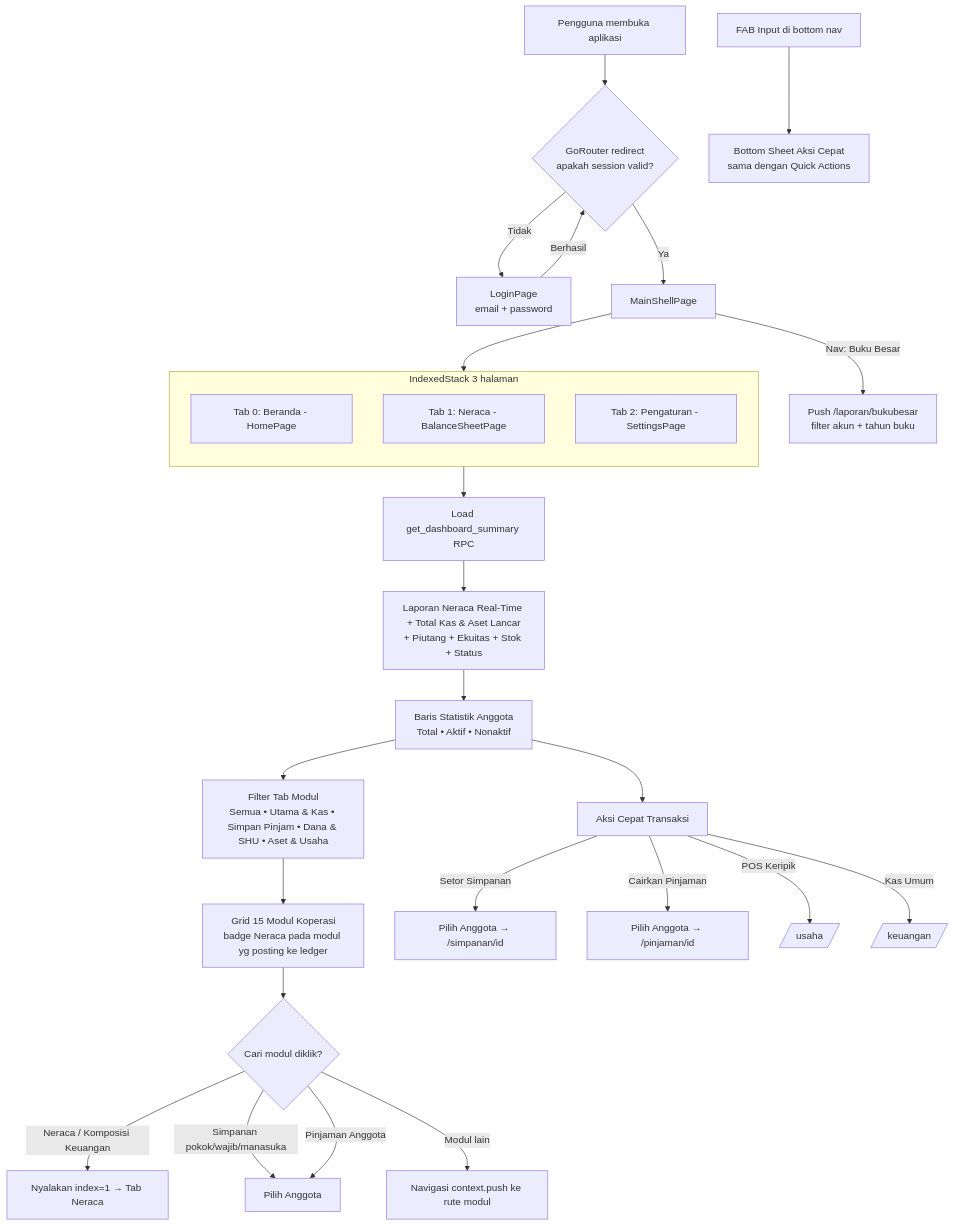
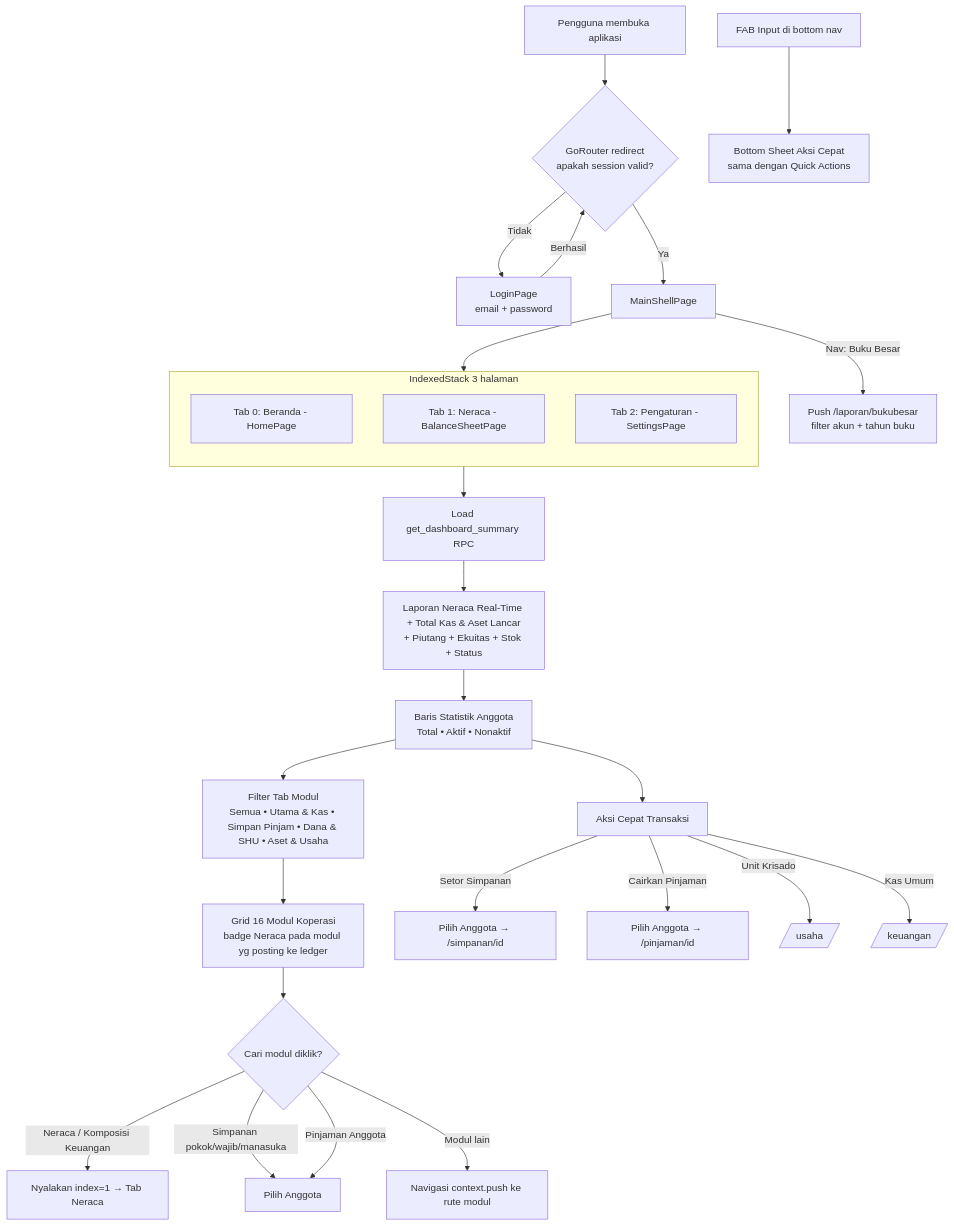
One commit to eLgorythm/sadaya-ksu changed the second of 4 diagrams in Flowchart-Sadaya.md. Above: the diagram before and after it, drawn with Mermaid. The commit also changed other lines of this file and 1 other file, not shown here.

Commit message:
docs: README proyek + perbaikan flowchart (Unit Krisado, Jurnal, kas mandiri 1114, 16 modul)

````diff
--- a/Flowchart-Sadaya.md
+++ b/Flowchart-Sadaya.md
@@ -71,37 +77,37 @@
 ```mermaid
 flowchart TD
     START[Pengguna membuka aplikasi] --> ROUTE{GoRouter redirect<br/>apakah session valid?}
     ROUTE -->|Tidak| LOGIN[LoginPage<br/>email + password]
     LOGIN -->|Berhasil| ROUTE
     ROUTE -->|Ya| SHELL[MainShellPage]
 
     subgraph SHELL2[IndexedStack 3 halaman]
         direction TB
         H[Tab 0: Beranda - HomePage]
         N[Tab 1: Neraca - BalanceSheetPage]
         S[Tab 2: Pengaturan - SettingsPage]
     end
 
     SHELL --> SHELL2
 
     H --> LOAD[Load get_dashboard_summary RPC]
     LOAD --> HERO[Laporan Neraca Real-Time + Total Kas & Aset Lancar<br/>+ Piutang + Ekuitas + Stok + Status]
     HERO --> STATS[Baris Statistik Anggota<br/>Total • Aktif • Nonaktif]
     STATS --> QA[Aksi Cepat Transaksi]
     STATS --> FILTER[Filter Tab Modul<br/>Semua • Utama & Kas • Simpan Pinjam • Dana & SHU • Aset & Usaha]
-    FILTER --> GRID[Grid 15 Modul Koperasi<br/>badge Neraca pada modul yg posting ke ledger]
+    FILTER --> GRID[Grid 16 Modul Koperasi<br/>badge Neraca pada modul yg posting ke ledger]
 
     QA -->|Setor Simpanan| QA1[Pilih Anggota → /simpanan/id]
     QA -->|Cairkan Pinjaman| QA2[Pilih Anggota → /pinjaman/id]
-    QA -->|POS Keripik| QA3[/usaha/]
+    QA -->|Unit Krisado| QA3[/usaha/]
     QA -->|Kas Umum| QA4[/keuangan/]
 
     GRID --> TAP{Cari modul diklik?}
     TAP -->|Neraca / Komposisi Keuangan| SW[Nyalakan index=1 → Tab Neraca]
     TAP -->|Simpanan pokok/wajib/manasuka| PICK[Pilih Anggota]
     TAP -->|Pinjaman Anggota| PICK
     TAP -->|Modul lain| ROUTE2[Navigasi context.push ke rute modul]
 
     FAB[FAB Input di bottom nav] --> BSheet[Bottom Sheet Aksi Cepat<br/>sama dengan Quick Actions]
     SHELL -->|Nav: Buku Besar| OWNB[Push /laporan/bukubesar<br/>filter akun + tahun buku]
 ```
````
